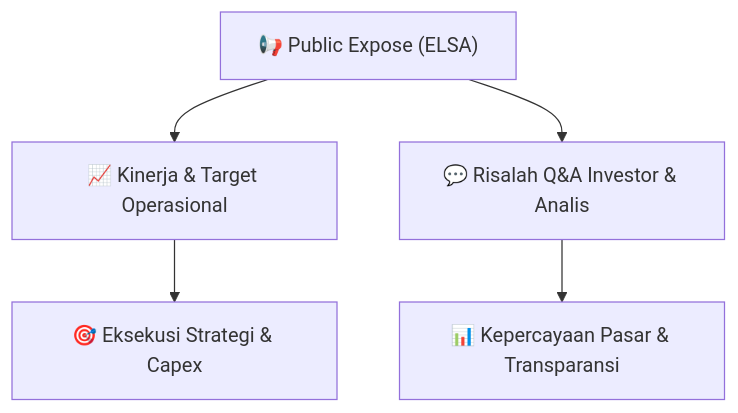
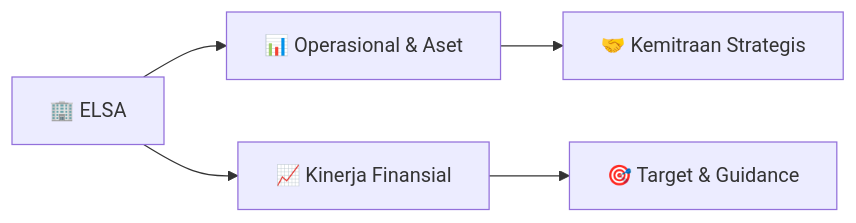
Before and after one commit to anYoneo/alphadigest-idx: the diagram in reports/summaries/public-exposes/informasi-pubex/ELSA_Public_Expose_20260902.md, drawn with Mermaid. The commit also changed other lines of this file and 526 other files, not shown here.

````diff
--- a/reports/summaries/public-exposes/informasi-pubex/ELSA_Public_Expose_20260902.md
+++ b/reports/summaries/public-exposes/informasi-pubex/ELSA_Public_Expose_20260902.md
@@ -32,7 +141,7 @@
 ```mermaid
-flowchart TD
-    A["📢 Public Expose (ELSA)"] --> B["📈 Kinerja & Target Operasional"]
-    A --> C["💬 Risalah Q&A Investor & Analis"]
-    B --> D["🎯 Eksekusi Strategi & Capex"]
-    C --> E["📊 Kepercayaan Pasar & Transparansi"]
+flowchart LR
+    A["🏢 ELSA"] --> B["📊 Operasional & Aset"]
+    A --> C["📈 Kinerja Finansial"]
+    B --> D["🤝 Kemitraan Strategis"]
+    C --> E["🎯 Target & Guidance"]
 ```
````
